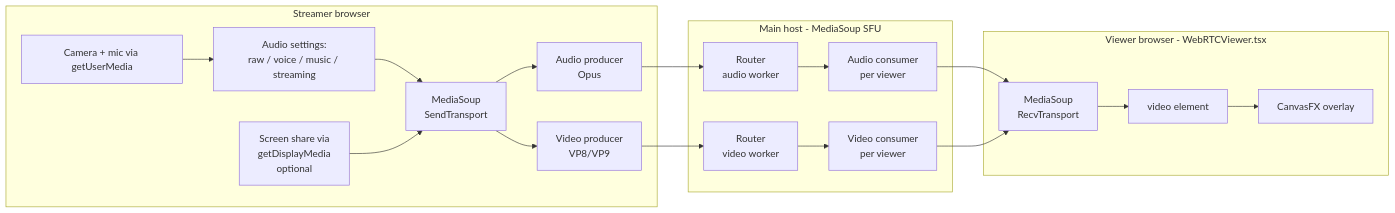
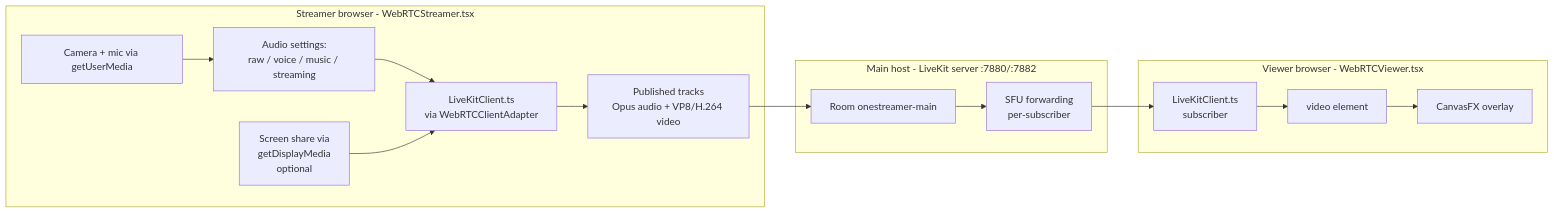
The first of 3 diagrams in docs/architecture/streaming-stack.md (RealRogerWinter/onestreamer), drawn with Mermaid before and after one commit. The commit also changed other lines of this file and 52 other files, not shown here.

````diff
--- a/docs/architecture/streaming-stack.md
+++ b/docs/architecture/streaming-stack.md
@@ -11,38 +9,31 @@
 ```mermaid
 flowchart LR
-    subgraph S[Streamer browser]
+    subgraph S[Streamer browser - WebRTCStreamer.tsx]
         Cam[Camera + mic via getUserMedia]
         ScreenShare[Screen share via<br/>getDisplayMedia<br/>optional]
         AudioCfg[Audio settings:<br/>raw / voice / music / streaming]
-        SendT[MediaSoup<br/>SendTransport]
-        ProdA[Audio producer<br/>Opus]
-        ProdV[Video producer<br/>VP8/VP9]
+        LKC[LiveKitClient.ts<br/>via WebRTCClientAdapter]
+        PubTracks[Published tracks<br/>Opus audio + VP8/H.264 video]
     end
 
-    subgraph SFU[Main host - MediaSoup SFU]
-        RouterA[Router<br/>audio worker]
-        RouterV[Router<br/>video worker]
-        ConsA[Audio consumer<br/>per viewer]
-        ConsV[Video consumer<br/>per viewer]
+    subgraph LK[Main host - LiveKit server :7880/:7882]
+        Room[Room onestreamer-main]
+        SFU[SFU forwarding<br/>per-subscriber]
     end
 
     subgraph V[Viewer browser - WebRTCViewer.tsx]
-        RecvT[MediaSoup<br/>RecvTransport]
+        LKCV[LiveKitClient.ts<br/>subscriber]
         VideoEl[video element]
         FxOverlay[CanvasFX overlay]
     end
 
     Cam --> AudioCfg
-    AudioCfg --> SendT
-    ScreenShare --> SendT
-    SendT --> ProdA
-    SendT --> ProdV
-    ProdA --> RouterA
-    ProdV --> RouterV
-    RouterA --> ConsA
-    RouterV --> ConsV
-    ConsA --> RecvT
-    ConsV --> RecvT
-    RecvT --> VideoEl
+    AudioCfg --> LKC
+    ScreenShare --> LKC
+    LKC --> PubTracks
+    PubTracks --> Room
+    Room --> SFU
+    SFU --> LKCV
+    LKCV --> VideoEl
     VideoEl --> FxOverlay
 ```
````
